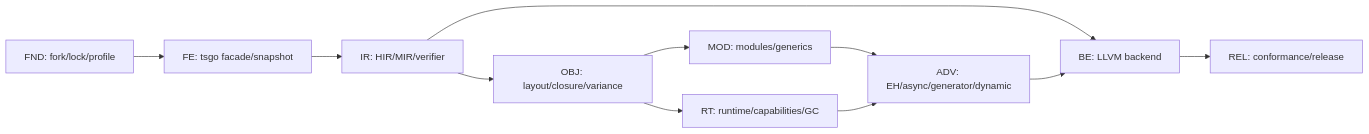
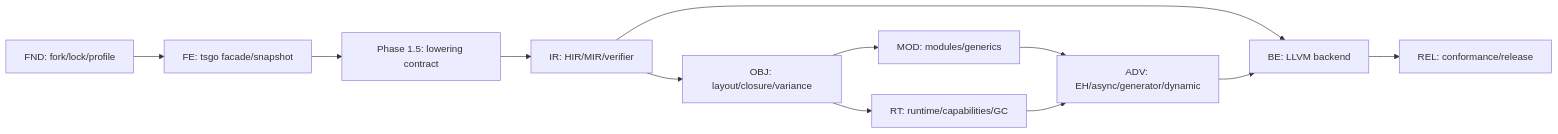
Before and after one commit to pqcqaq/ts2bin: the diagram in plans/implementation-backlog.md, drawn with Mermaid. The commit also changed other lines of this file and 46 other files, not shown here.

Commit message:
feat(project): close phase 1.5 lowering contract

````diff
--- a/plans/implementation-backlog.md
+++ b/plans/implementation-backlog.md
@@ -21,13 +30,14 @@
 ```mermaid
 flowchart LR
   FND["FND: fork/lock/profile"] --> FE["FE: tsgo facade/snapshot"]
-  FE --> IR["IR: HIR/MIR/verifier"]
+  FE --> CONTRACT["Phase 1.5: lowering contract"]
+  CONTRACT --> IR["IR: HIR/MIR/verifier"]
   IR --> OBJ["OBJ: layout/closure/variance"]
   OBJ --> MOD["MOD: modules/generics"]
   OBJ --> RT["RT: runtime/capabilities/GC"]
   MOD --> ADV["ADV: EH/async/generator/dynamic"]
   RT --> ADV
   IR --> BE["BE: LLVM backend"]
   ADV --> BE
   BE --> REL["REL: conformance/release"]
 ```
````
